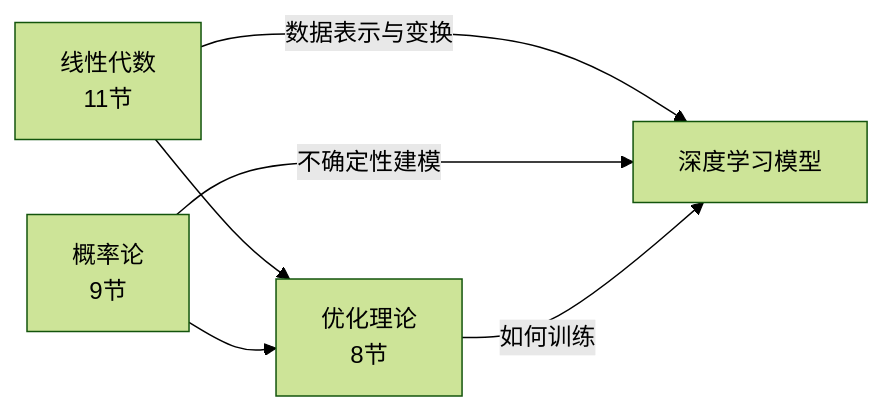
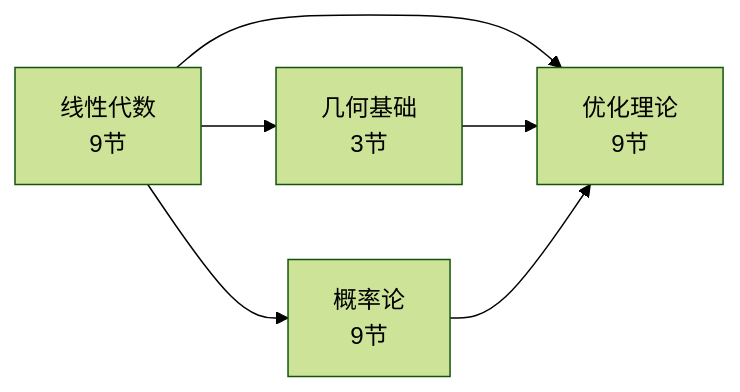
The diagram in docs/01-math/index.md (Yaoyaolingbro/hello-dl), drawn with Mermaid (forest theme) before and after one commit. The commit also changed other lines of this file and 6 other files, not shown here.

````diff
--- a/docs/01-math/index.md
+++ b/docs/01-math/index.md
@@ -9,8 +9,8 @@
 ```mermaid
 graph LR
-    LA[线性代数\n11节] -->|数据表示与变换| DL[深度学习模型]
-    P[概率论\n9节] -->|不确定性建模| DL
-    OPT[优化理论\n8节] -->|如何训练| DL
-    LA --> OPT
+    LA[线性代数\n9节] --> GEO[几何基础\n3节]
+    LA --> OPT[优化理论\n9节]
+    LA --> P[概率论\n9节]
+    GEO --> OPT
     P --> OPT
 ```
````
